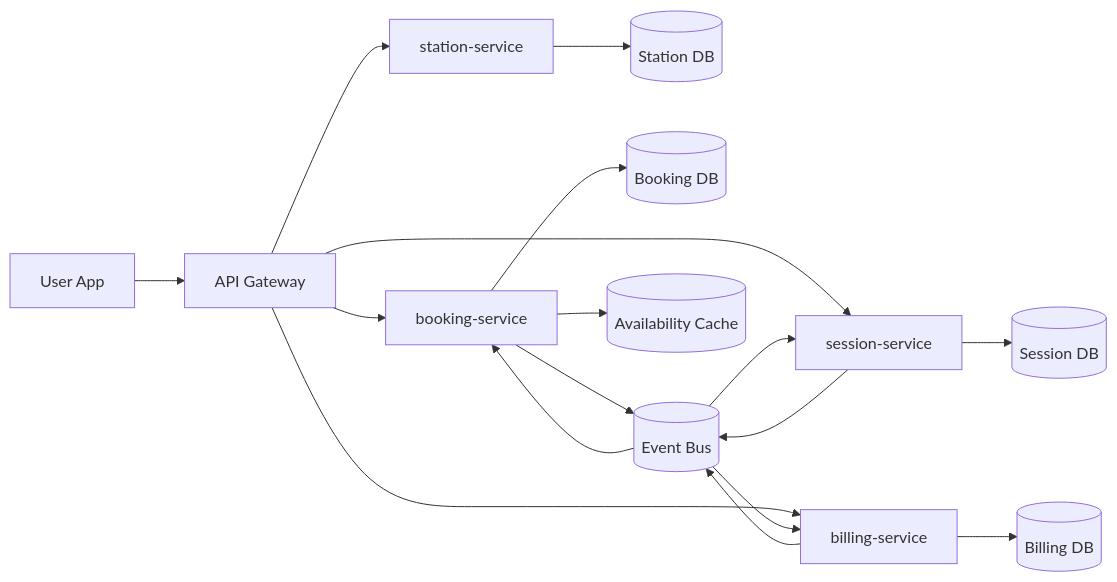
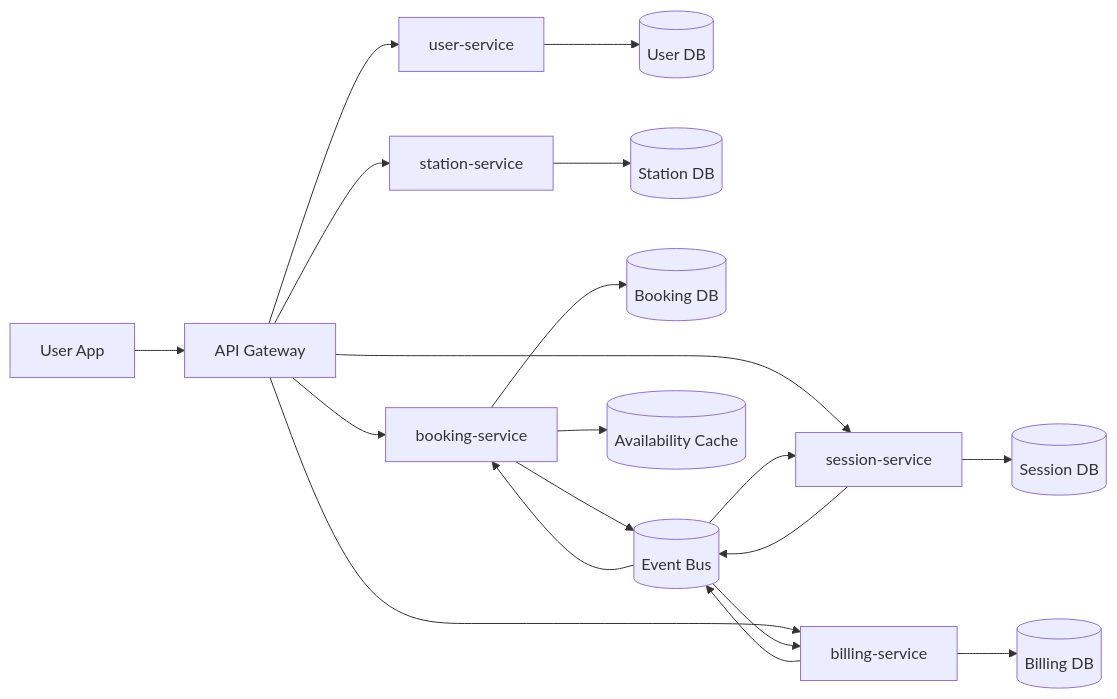
The first of 5 diagrams in docs/diagrams.md (FerdiiArdiansyah/Lab-Kelompok_12-Booking_Charger_Kendaraan_Listrik), drawn with Mermaid before and after one commit. The commit also changed 23 other files, not shown here.

Commit message:
feat(database): add Data & Persistence Engineer workspace, schemas, patterns, and docs

````diff
--- a/docs/diagrams.md
+++ b/docs/diagrams.md
@@ -5,24 +5,26 @@
 ```mermaid
 flowchart LR
     U[User App] --> APIGW[API Gateway]
 
+    APIGW --> US[user-service]
     APIGW --> ST[station-service]
     APIGW --> BK[booking-service]
     APIGW --> SS[session-service]
     APIGW --> BL[billing-service]
 
+    US --> USDB[(User DB)]
     ST --> STDB[(Station DB)]
     BK --> BKDB[(Booking DB)]
     SS --> SSDB[(Session DB)]
     BL --> BLDB[(Billing DB)]
 
     BK --> EB[(Event Bus)]
     SS --> EB
     BL --> EB
 
     EB --> BK
     EB --> SS
     EB --> BL
 
     BK --> REDIS[(Availability Cache)]
 ```
````
